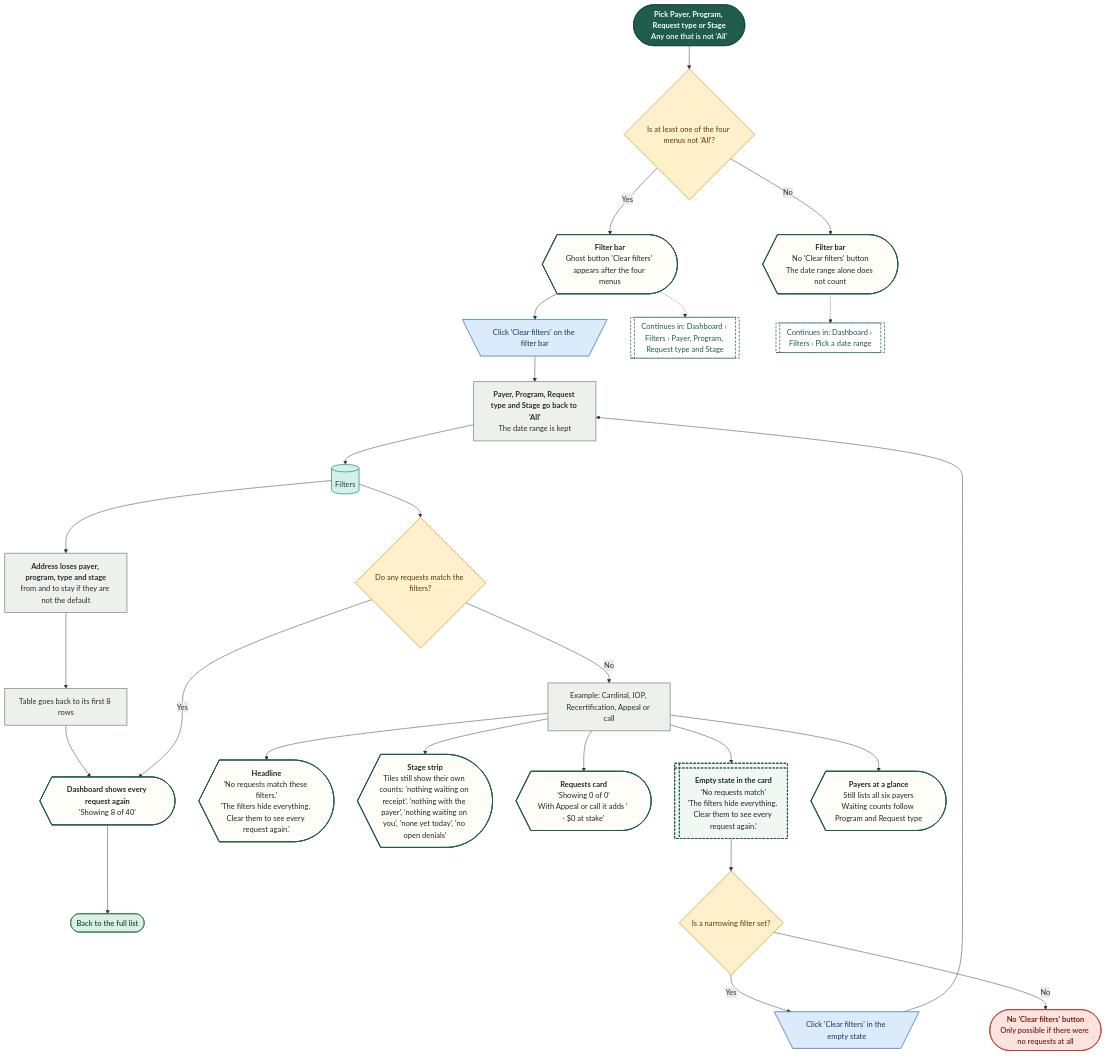
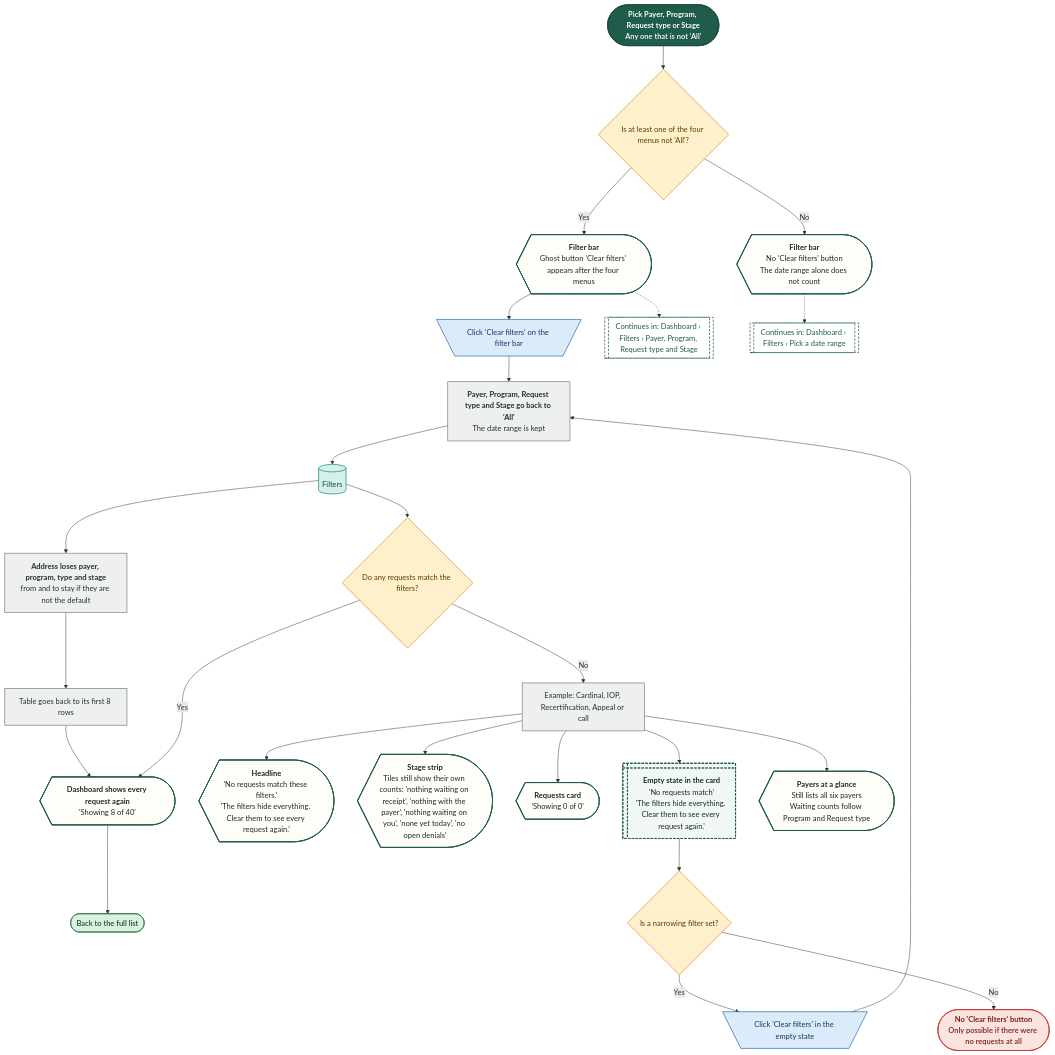
The seventh of 19 diagrams in demos/prior-auth-demo/workflows/out/md/02-dashboard.md (Shrav143/psyfloapp), drawn with Mermaid before and after one commit. The commit also changed other lines of this file and 39 other files, not shown here.

First line of the commit message:
docs: appeal analysis report in the site map and README; rebuild the workflow diagrams (225)

````diff
--- a/demos/prior-auth-demo/workflows/out/md/02-dashboard.md
+++ b/demos/prior-auth-demo/workflows/out/md/02-dashboard.md
@@ -508,64 +508,64 @@
 ```mermaid
 %%{init: {"theme":"base","themeVariables":{"fontFamily":"'DM Sans', 'Segoe UI', system-ui, sans-serif","fontSize":"15px","lineColor":"#5B6B63","primaryTextColor":"#1C2B25","clusterBkg":"#FBF8F3","clusterBorder":"#D9CDBB","edgeLabelBackground":"#FFFFFF"},"flowchart":{"curve":"basis","nodeSpacing":36,"rankSpacing":48,"padding":12,"htmlLabels":true,"useMaxWidth":false,"wrappingWidth":230}} }%%
 flowchart TD
   classDef k_start fill:#1F5C4B,stroke:#174638,color:#FFFFFF,stroke-width:1.5px,font-weight:600
   classDef k_end fill:#DDEFE3,stroke:#2E7D4F,color:#14502F,stroke-width:1.5px,font-weight:600
   classDef k_endx fill:#FBE3E0,stroke:#C0392B,color:#7A1F16,stroke-width:1.5px,font-weight:600
   classDef k_screen fill:#FFFDF8,stroke:#1F5C4B,color:#1C2B25,stroke-width:2px
   classDef k_overlay fill:#F1F7F3,stroke:#1F5C4B,color:#1C2B25,stroke-width:2px,stroke-dasharray:5 3
   classDef k_click fill:#DCEBFA,stroke:#2F6DB5,color:#12365F,stroke-width:1.5px
   classDef k_input fill:#E4E7FF,stroke:#4C5FD5,color:#1D2670,stroke-width:1.5px
   classDef k_process fill:#EEF0EE,stroke:#7A857F,color:#26302B,stroke-width:1.5px
   classDef k_agent fill:#EEE5FA,stroke:#7A4FC2,color:#341A63,stroke-width:1.5px
   classDef k_decision fill:#FFF0CC,stroke:#D9962B,color:#5C3B00,stroke-width:1.5px
   classDef k_store fill:#D5F0EA,stroke:#1C8E7B,color:#0B4A3F,stroke-width:1.5px
   classDef k_doc fill:#F6E9DC,stroke:#B07A4C,color:#4A2E14,stroke-width:1.5px
   classDef k_ext fill:#FFE6D2,stroke:#E07B39,color:#6B2F06,stroke-width:1.5px
   classDef k_wait fill:#E4E8EE,stroke:#6B7C93,color:#26303D,stroke-width:1.5px
   classDef k_toast fill:#FFF9DB,stroke:#C9A400,color:#5A4A00,stroke-width:1.5px
   classDef k_goto fill:#FFFFFF,stroke:#1F5C4B,color:#1F5C4B,stroke-width:1.5px,stroke-dasharray:5 3
   s1@{ shape: stadium, label: "<b>Pick Payer, Program, Request type or Stage</b><br/>Any one that is not 'All'" }
   d1@{ shape: diam, label: "Is at least one of the four menus not 'All'?" }
   sc1@{ shape: curv-trap, label: "<b>Filter bar</b><br/>Ghost button 'Clear filters' appears after the four menus" }
   sc0@{ shape: curv-trap, label: "<b>Filter bar</b><br/>No 'Clear filters' button<br/>The date range alone does not count" }
   c1@{ shape: trap-t, label: "Click 'Clear filters' on the filter bar" }
   p1@{ shape: rect, label: "<b>Payer, Program, Request type and Stage go back to 'All'</b><br/>The date range is kept" }
   w1@{ shape: cyl, label: "Filters" }
   p2@{ shape: rect, label: "<b>Address loses payer, program, type and stage</b><br/>from and to stay if they are not the default" }
   p3@{ shape: rect, label: "Table goes back to its first 8 rows" }
   sc2@{ shape: curv-trap, label: "<b>Dashboard shows every request again</b><br/>'Showing 8 of 40'" }
   e1@{ shape: stadium, label: "Back to the full list" }
   d2@{ shape: diam, label: "Do any requests match the filters?" }
   p4@{ shape: rect, label: "Example: Cardinal, IOP, Recertification, Appeal or call" }
   em1@{ shape: curv-trap, label: "<b>Headline</b><br/>'No requests match these filters.'<br/>'The filters hide everything. Clear them to see every request again.'" }
   em2@{ shape: curv-trap, label: "<b>Stage strip</b><br/>Tiles still show their own counts: 'nothing waiting on receipt', 'nothing with the payer', 'nothing waiting on you', 'none yet today', 'no open denials'" }
-  em3@{ shape: curv-trap, label: "<b>Requests card</b><br/>'Showing 0 of 0'<br/>With Appeal or call it adds ' · $0 at stake'" }
+  em3@{ shape: curv-trap, label: "<b>Requests card</b><br/>'Showing 0 of 0'" }
   em4@{ shape: win-pane, label: "<b>Empty state in the card</b><br/>'No requests match'<br/>'The filters hide everything. Clear them to see every request again.'" }
   d3@{ shape: diam, label: "Is a narrowing filter set?" }
   c2@{ shape: trap-t, label: "Click 'Clear filters' in the empty state" }
   em5@{ shape: curv-trap, label: "<b>Payers at a glance</b><br/>Still lists all six payers<br/>Waiting counts follow Program and Request type" }
   x1@{ shape: stadium, label: "<b>No 'Clear filters' button</b><br/>Only possible if there were no requests at all" }
   g1@{ shape: subproc, label: "Continues in: Dashboard › Filters › Payer, Program, Request type and Stage" }
   g2@{ shape: subproc, label: "Continues in: Dashboard › Filters › Pick a date range" }
   s1 --> d1
   d1 -->|"Yes"| sc1 --> c1 --> p1 --> w1 --> p2 --> p3 --> sc2 --> e1
   d1 -->|"No"| sc0 -.-> g2
   w1 --> d2
   d2 -->|"Yes"| sc2
   d2 -->|"No"| p4
   p4 --> em1 & em2 & em3 & em4 & em5
   em4 --> d3
   d3 -->|"Yes"| c2 --> p1
   d3 -->|"No"| x1
   sc1 -.-> g1
   class s1 k_start
   class d1,d2,d3 k_decision
   class sc1,sc0,sc2,em1,em2,em3,em5 k_screen
   class c1,c2 k_click
   class p1,p2,p3,p4 k_process
   class w1 k_store
   class e1 k_end
   class em4 k_overlay
   class x1 k_endx
   class g1,g2 k_goto
 ```
````
